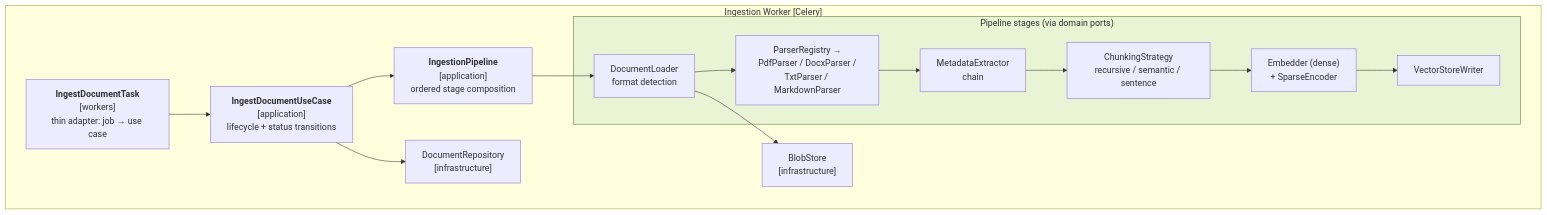
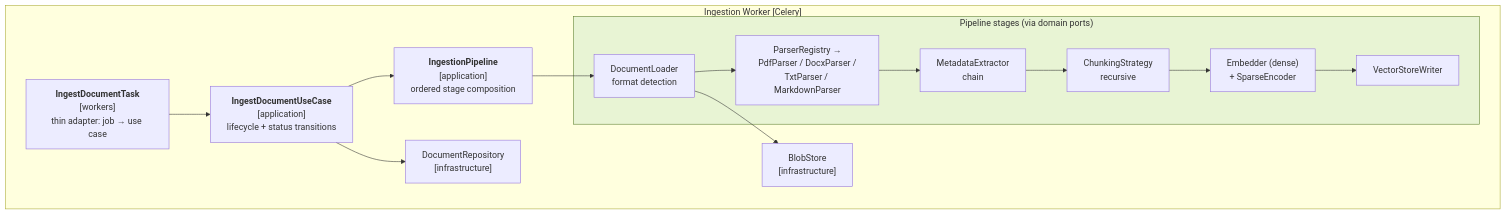
Before and after one commit to Seif157/RAG-Sysytems: the fourth of 9 diagrams in docs/superpowers/specs/2026-07-27-document-rag-architecture-design.md, drawn with Mermaid. The commit also changed other lines of this file and 20 other files, not shown here.

Commit message:
feat: Refactor configuration and error handling; streamline chunking strategy

````diff
--- a/docs/superpowers/specs/2026-07-27-document-rag-architecture-design.md
+++ b/docs/superpowers/specs/2026-07-27-document-rag-architecture-design.md
@@ -325,28 +325,28 @@
 ```mermaid
 graph TB
     subgraph w["Ingestion Worker [Celery]"]
         task["<b>IngestDocumentTask</b><br/>[workers]<br/>thin adapter: job → use case"]
         uc["<b>IngestDocumentUseCase</b><br/>[application]<br/>lifecycle + status transitions"]
         pipe["<b>IngestionPipeline</b><br/>[application]<br/>ordered stage composition"]
 
         subgraph stages["Pipeline stages (via domain ports)"]
             load["DocumentLoader<br/>format detection"]
             parse["ParserRegistry →<br/>PdfParser / DocxParser /<br/>TxtParser / MarkdownParser"]
             meta["MetadataExtractor<br/>chain"]
-            chunk["ChunkingStrategy<br/>recursive / semantic / sentence"]
+            chunk["ChunkingStrategy<br/>recursive"]
             emb["Embedder (dense)<br/>+ SparseEncoder"]
             store["VectorStoreWriter"]
         end
 
         repo["DocumentRepository<br/>[infrastructure]"]
         blobp["BlobStore<br/>[infrastructure]"]
     end
 
     task --> uc
     uc --> pipe
     uc --> repo
     pipe --> load --> parse --> meta --> chunk --> emb --> store
     load --> blobp
 
     style stages fill:#e8f4d4,stroke:#5a7d2a
 ```
````
